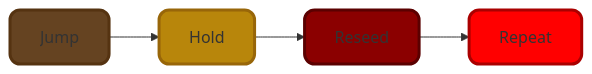
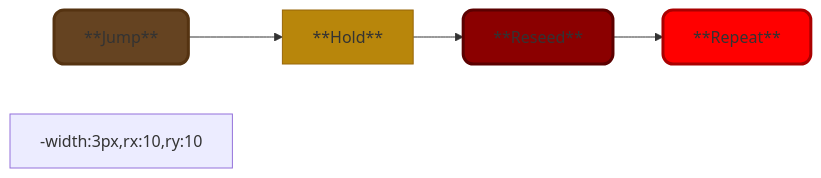
Before and after one commit to patwooky/fpsr: the second of 2 diagrams in README.md, drawn with Mermaid. The commit also changed other lines of this file and 1 other file, not shown here.

Commit message:
updated readme.md mermaid diagram text style, partial progressive update for readme-ch.md

````diff
--- a/README.md
+++ b/README.md
@@ -186,10 +185,11 @@
 ```mermaid
 graph LR
-  A[Jump]:::darkBrown --> B[Hold]:::darkYellow 
-  B --> C[Reseed]:::darkRed --> D[Repeat]:::red
+  A[**Jump**]:::darkBrown --> B[**Hold**]:::darkYellow 
+  B --> C[**Reseed**]:::darkRed --> D[**Repeat**]:::red
 
 classDef darkBrown fill:#654321,stroke:#553311,stroke-width:3px,rx:10,ry:10;
-classDef darkYellow fill:#B8860B,stroke:#986609,stroke-width:3px,rx:10,ry:10;
+classDef darkYellow fill:#B8860B,stroke:#986609,stroke*FPS-R: Behaviour Compositional Structure*
+-width:3px,rx:10,ry:10;
 classDef darkRed fill:#8B0000,stroke:#5B0000,stroke-width:3px,rx:10,ry:10;
 classDef red fill:#FF0000,stroke:#AA0000,stroke-width:3px,rx:10,ry:10;
 ``` 
````
